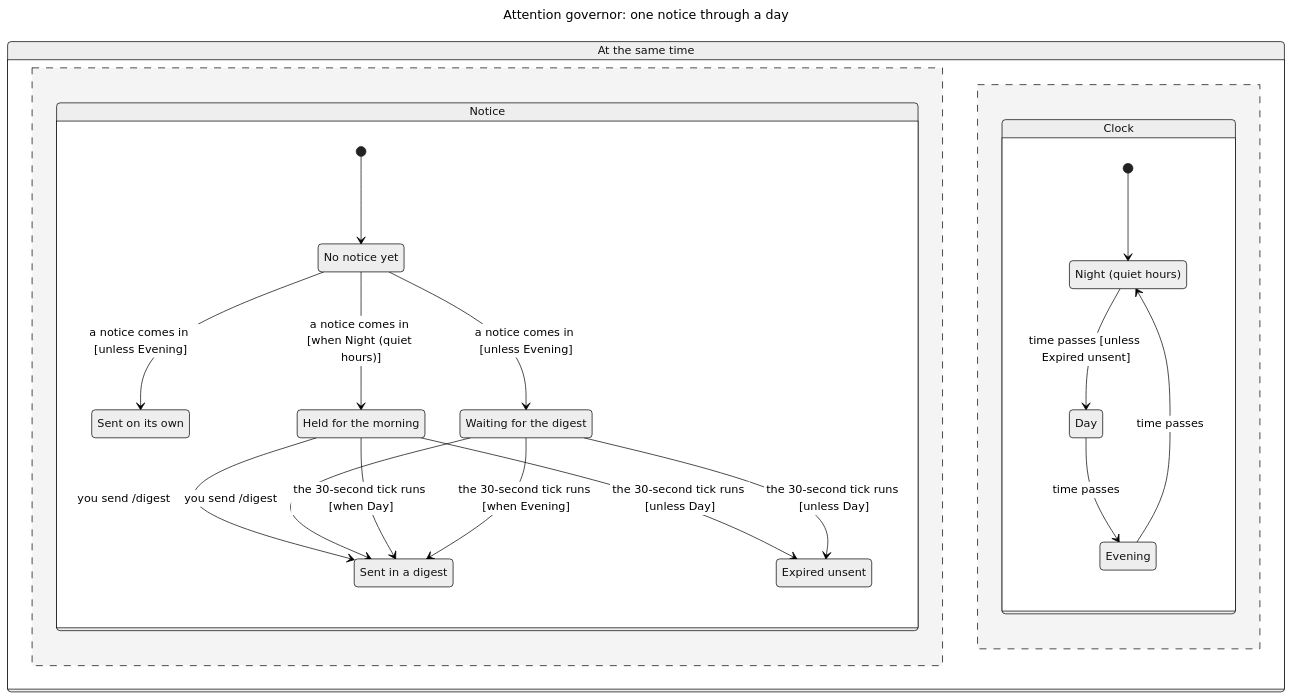
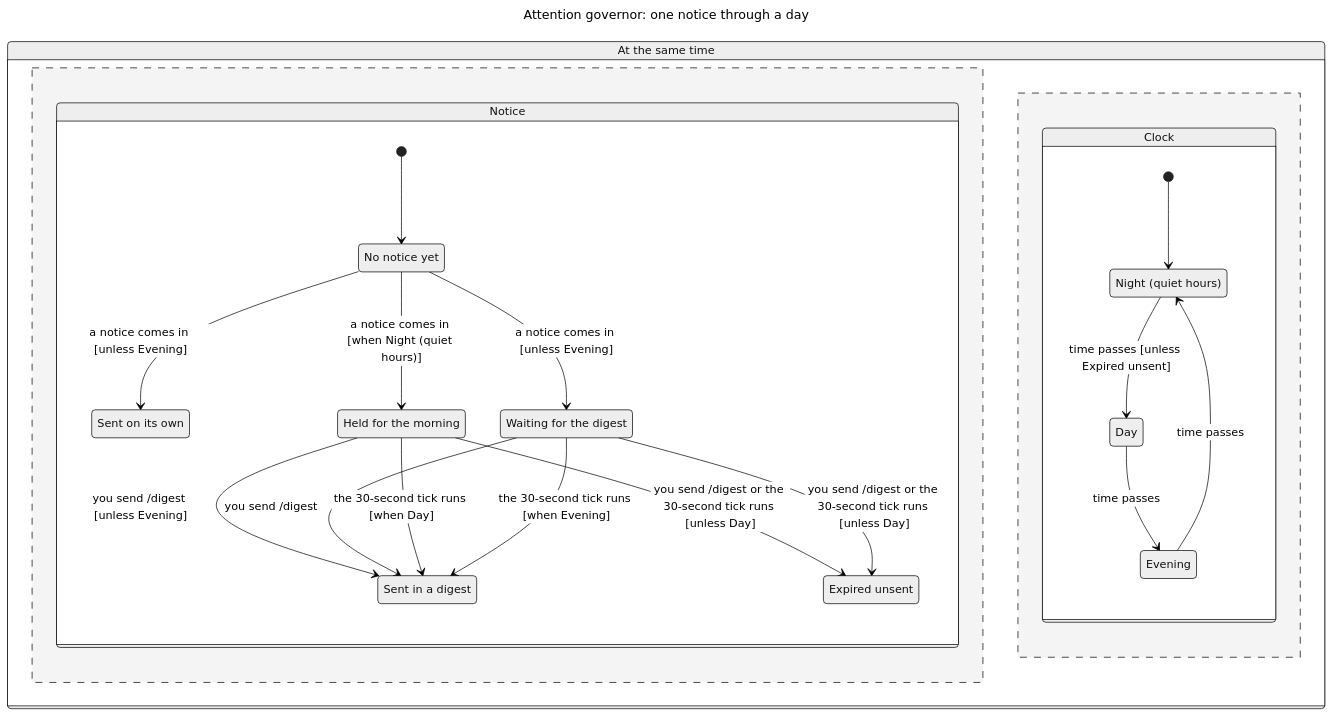
One commit to Ayesha-Imr/vigil-agent changed the diagram in verification/governor/chart.mmd. Above: the diagram before and after it, drawn with Mermaid (neutral theme). The commit also changed 50 other files, not shown here.

```diff
--- a/verification/governor/chart.mmd
+++ b/verification/governor/chart.mmd
@@ -1,35 +1,35 @@
 ---
 title: "Attention governor: one notice through a day"
 ---
 stateDiagram-v2
   direction LR
   state "At the same time" as all {
     state "Notice" as r0 {
       s0: No notice yet
       s1: Sent on its own
       s2: Held for the morning
       s3: Waiting for the digest
       s4: Sent in a digest
       s5: Expired unsent
       [*] --> s0
       s0 --> s1: a notice comes in [unless Evening]
       s0 --> s2: a notice comes in [when Night (quiet hours)]
       s0 --> s3: a notice comes in [unless Evening]
-      s2 --> s4: you send /digest
+      s2 --> s4: you send /digest [unless Evening]
       s3 --> s4: you send /digest
       s2 --> s4: the 30-second tick runs [when Day]
-      s2 --> s5: the 30-second tick runs [unless Day]
-      s3 --> s5: the 30-second tick runs [unless Day]
+      s2 --> s5: you send /digest or the 30-second tick runs [unless Day]
+      s3 --> s5: you send /digest or the 30-second tick runs [unless Day]
       s3 --> s4: the 30-second tick runs [when Evening]
     }
     --
     state "Clock" as r1 {
       s6: Night (quiet hours)
       s7: Day
       s8: Evening
       [*] --> s6
       s6 --> s7: time passes [unless Expired unsent]
       s7 --> s8: time passes
       s8 --> s6: time passes
     }
   }
```
